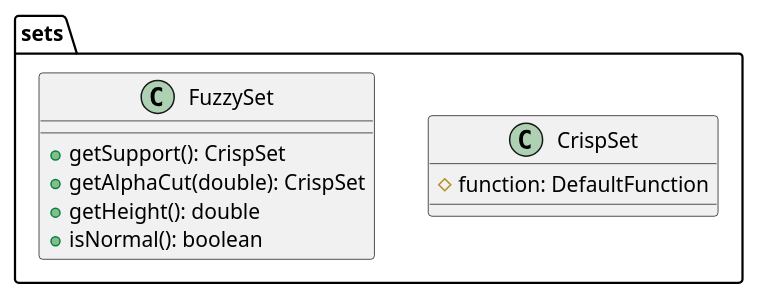
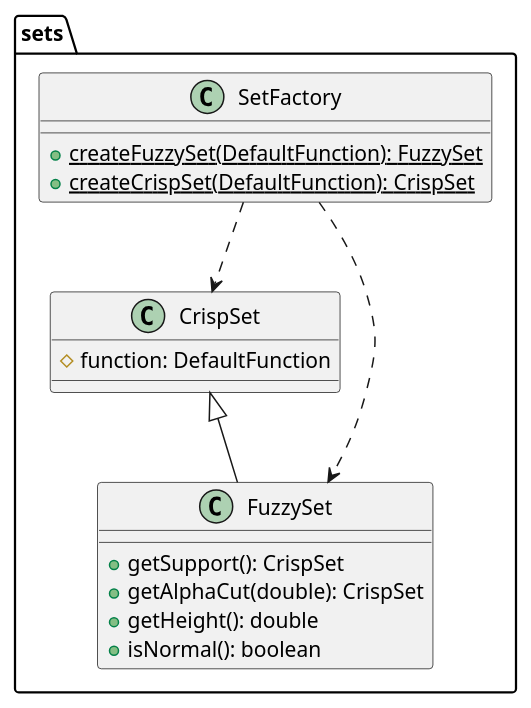
One commit to kambed/Computer-Recognition-Systems changed the fourth of 5 diagrams in task2/README.md. Above: the diagram before and after it, drawn with PlantUML. The commit also changed other lines of this file, not shown here.

````diff
--- a/task2/README.md
+++ b/task2/README.md
@@ -102,13 +121,19 @@
 ```plantuml
 package sets {
     class CrispSet {
         # function: DefaultFunction
     }
-    class FuzzySet {
+    class FuzzySet extends CrispSet {
         + getSupport(): CrispSet
         + getAlphaCut(double): CrispSet
         + getHeight(): double
         + isNormal(): boolean
     }
+    class SetFactory {
+        + {static} createFuzzySet(DefaultFunction): FuzzySet
+        + {static} createCrispSet(DefaultFunction): CrispSet
+    }
+    SetFactory ..> FuzzySet
+    SetFactory ..> CrispSet
 }
 ```
````
